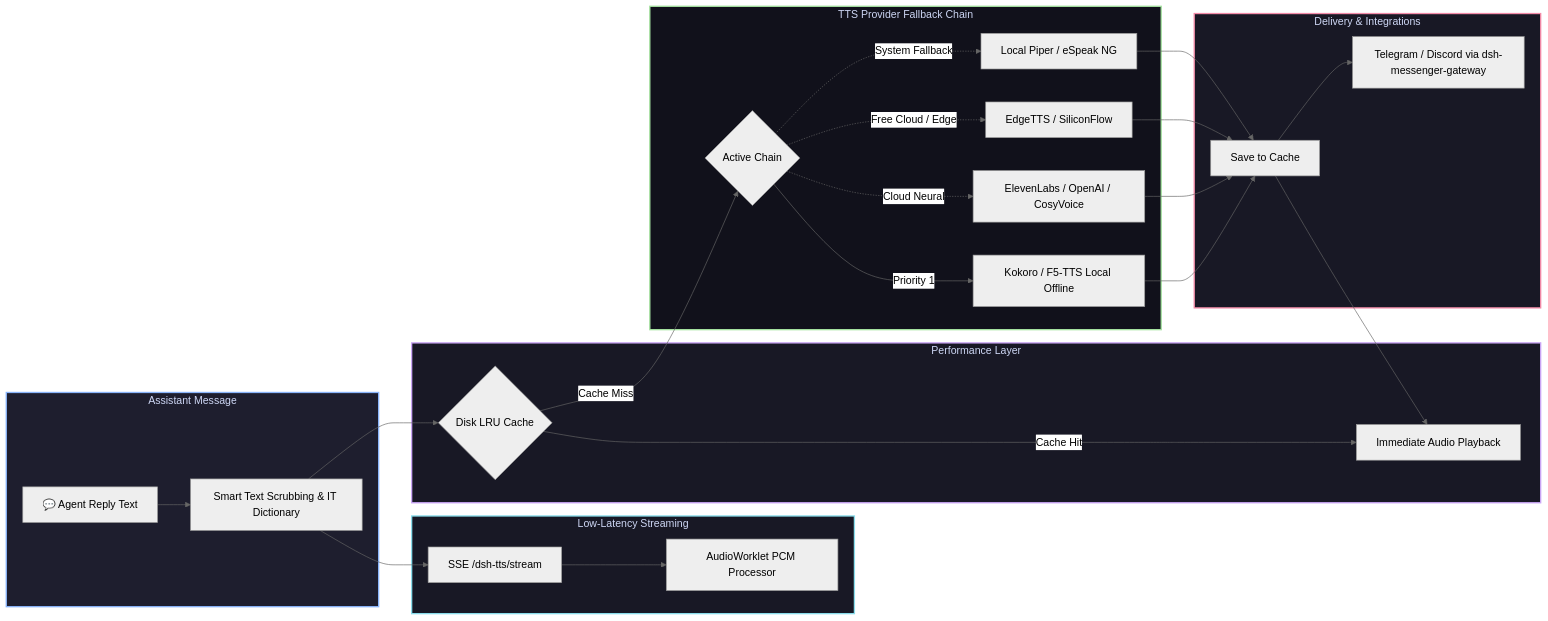
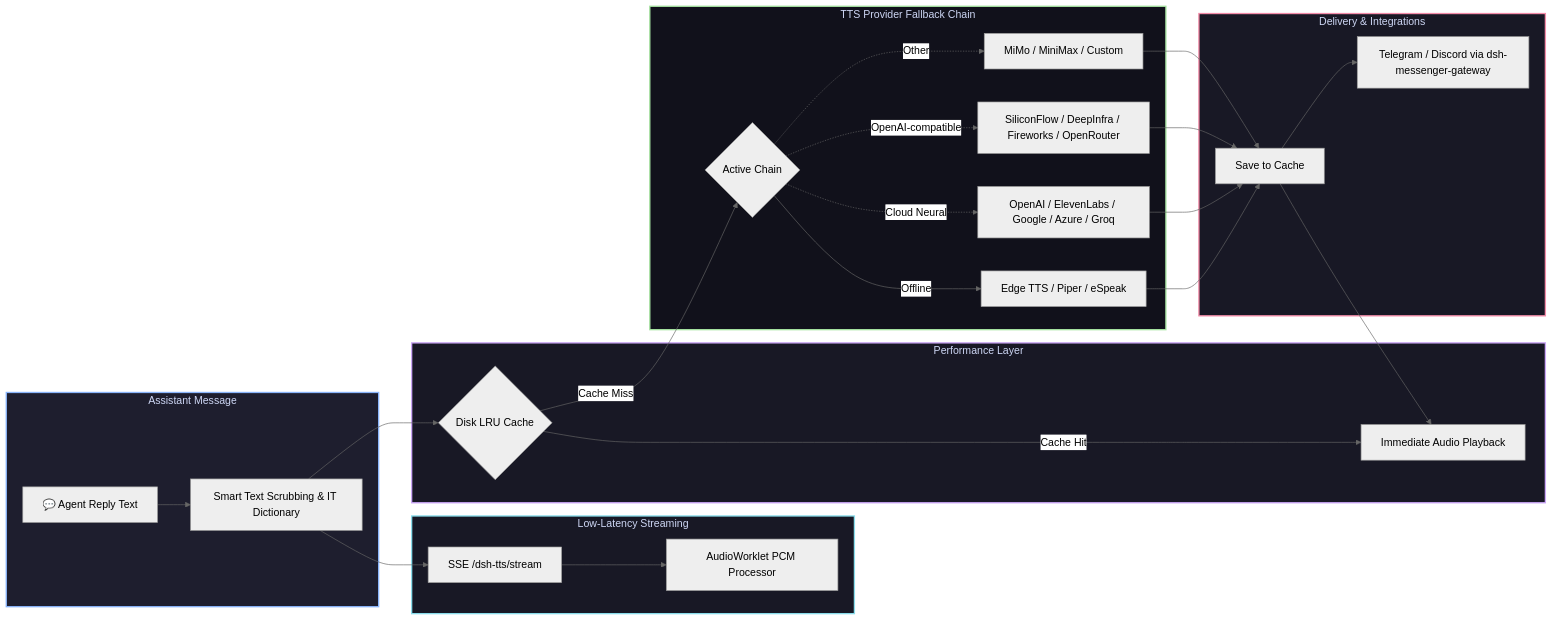
The diagram in README.md (GooDAnDReaDY/dsh-tts), drawn with Mermaid (neutral theme) before and after one commit. The commit also changed other lines of this file and 6 other files, not shown here.

````diff
--- a/README.md
+++ b/README.md
@@ -34,39 +34,39 @@
 ```mermaid
 graph LR
     subgraph Input [Assistant Message]
         Reply[💬 Agent Reply Text] --> Scrub[Smart Text Scrubbing & IT Dictionary]
     end
 
     subgraph Stream [Low-Latency Streaming]
         Scrub --> SSE[SSE /dsh-tts/stream]
         SSE --> Worklet[AudioWorklet PCM Processor]
     end
 
     subgraph Cache [Performance Layer]
         Scrub --> LRU{Disk LRU Cache}
         LRU -->|Cache Hit| Play[Immediate Audio Playback]
     end
 
     subgraph Fallback [TTS Provider Fallback Chain]
         LRU -->|Cache Miss| Chain{Active Chain}
-        Chain -->|Priority 1| P1[Kokoro / F5-TTS Local Offline]
-        Chain -.->|Cloud Neural| P2[ElevenLabs / OpenAI / CosyVoice]
-        Chain -.->|Free Cloud / Edge| P3[EdgeTTS / SiliconFlow]
-        Chain -.->|System Fallback| P4[Local Piper / eSpeak NG]
+        Chain -->|Offline| P1[Edge TTS / Piper / eSpeak]
+        Chain -.->|Cloud Neural| P2[OpenAI / ElevenLabs / Google / Azure / Groq]
+        Chain -.->|OpenAI-compatible| P3[SiliconFlow / DeepInfra / Fireworks / OpenRouter]
+        Chain -.->|Other| P4[MiMo / MiniMax / Custom]
     end
 
     subgraph Output [Delivery & Integrations]
         P1 --> Store[Save to Cache]
         P2 --> Store
         P3 --> Store
         P4 --> Store
         Store --> Play
         Store --> Msg[Telegram / Discord via dsh-messenger-gateway]
     end
 
     style Input fill:#1e1e2e,stroke:#89b4fa,stroke-width:2px,color:#cdd6f4
     style Stream fill:#181825,stroke:#89dceb,stroke-width:2px,color:#cdd6f4
     style Cache fill:#181825,stroke:#cba6f7,stroke-width:2px,color:#cdd6f4
     style Fallback fill:#11111b,stroke:#a6e3a1,stroke-width:2px,color:#cdd6f4
     style Output fill:#181825,stroke:#f38ba8,stroke-width:2px,color:#cdd6f4
 ```
````
